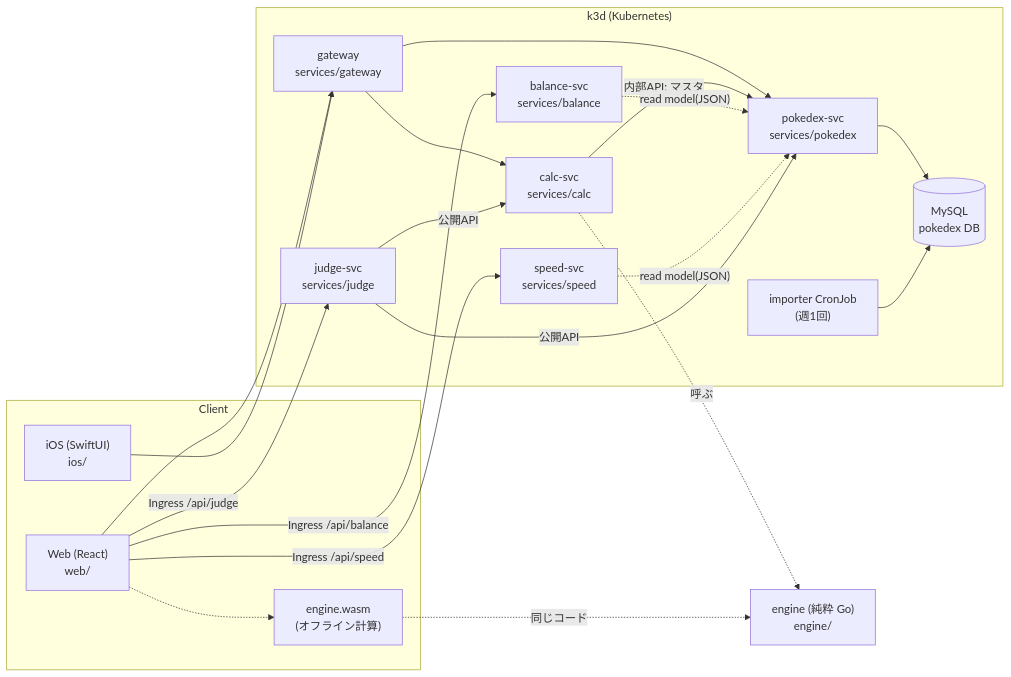
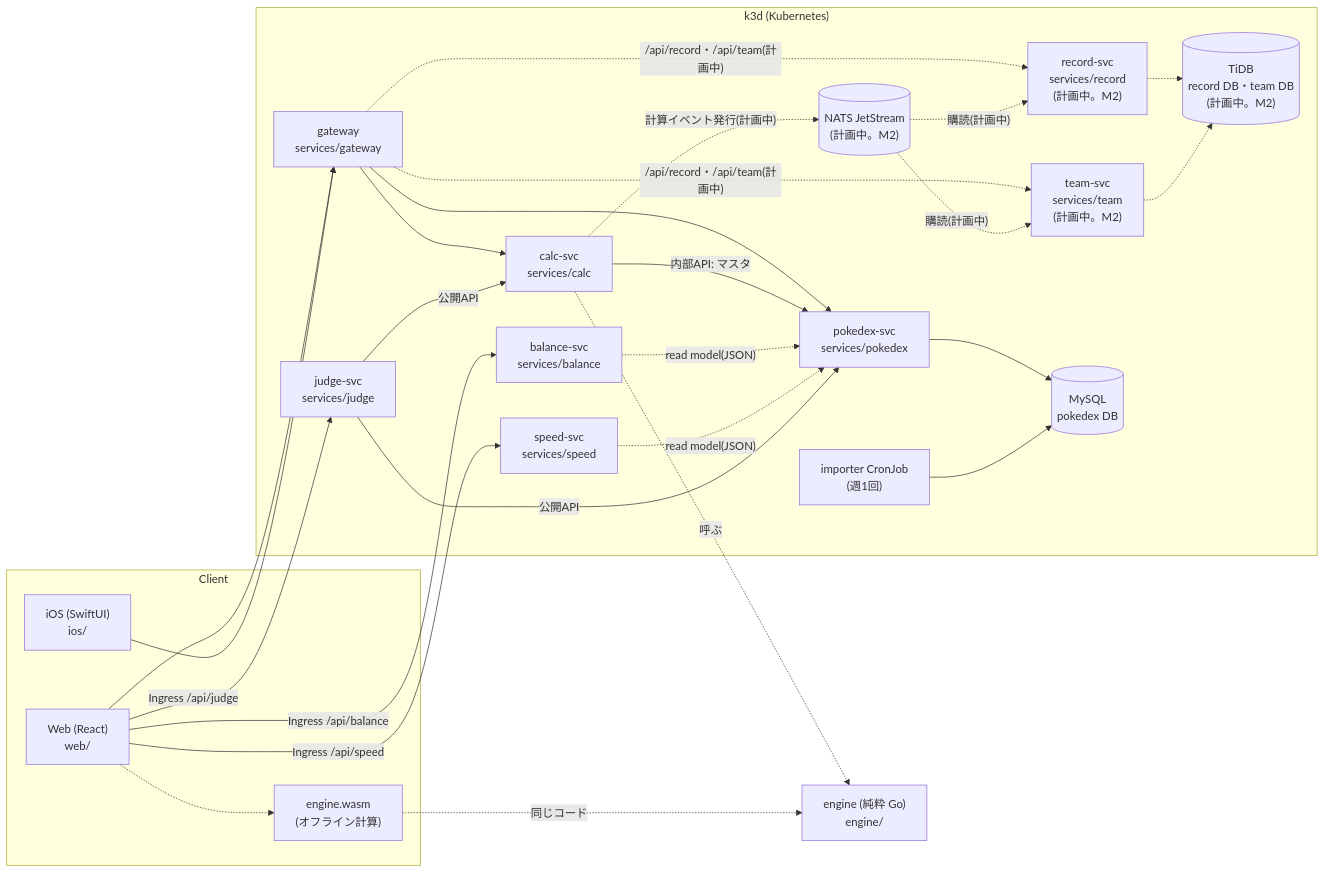
One commit to yxicun89/MyDamageCalcurater changed the first of 2 diagrams in docs/architecture.md. Above: the diagram before and after it, drawn with Mermaid. The commit also changed other lines of this file, not shown here.

First line of the commit message:
docs: DOC-arch — docs/architecture.mdを全レーンの現行構成に合わせて更新

````diff
--- a/docs/architecture.md
+++ b/docs/architecture.md
@@ -6,35 +6,44 @@
 ```mermaid
 flowchart LR
   subgraph Client
     Web["Web (React)<br/>web/"]
     WASM["engine.wasm<br/>(オフライン計算)"]
     iOS["iOS (SwiftUI)<br/>ios/"]
   end
   subgraph k3d["k3d (Kubernetes)"]
     GW["gateway<br/>services/gateway"]
     Calc["calc-svc<br/>services/calc"]
     Pokedex["pokedex-svc<br/>services/pokedex"]
     Balance["balance-svc<br/>services/balance"]
     Speed["speed-svc<br/>services/speed"]
     Judge["judge-svc<br/>services/judge"]
+    Record["record-svc<br/>services/record<br/>(計画中。M2)"]
+    Team["team-svc<br/>services/team<br/>(計画中。M2)"]
     MySQL[("MySQL<br/>pokedex DB")]
+    TiDB[("TiDB<br/>record DB・team DB<br/>(計画中。M2)")]
+    NATS[("NATS JetStream<br/>(計画中。M2)")]
     Import["importer CronJob<br/>(週1回)"]
   end
   Engine["engine (純粋 Go)<br/>engine/"]
   Web --> GW
   iOS --> GW
   Web -.-> WASM
   GW --> Calc & Pokedex
   Web -- Ingress /api/balance --> Balance
   Web -- Ingress /api/speed --> Speed
   Web -- Ingress /api/judge --> Judge
   Calc -- 内部API: マスタ --> Pokedex
   Pokedex --> MySQL
   Import --> MySQL
   Calc -. 呼ぶ .-> Engine
   WASM -. 同じコード .-> Engine
   Balance -. read model(JSON) .-> Pokedex
   Speed -. read model(JSON) .-> Pokedex
   Judge -- 公開API --> Pokedex
   Judge -- 公開API --> Calc
+  GW -. "/api/record・/api/team(計画中)" .-> Record & Team
+  Calc -. "計算イベント発行(計画中)" .-> NATS
+  NATS -. "購読(計画中)" .-> Record & Team
+  Record -.-> TiDB
+  Team -.-> TiDB
 ```
````
